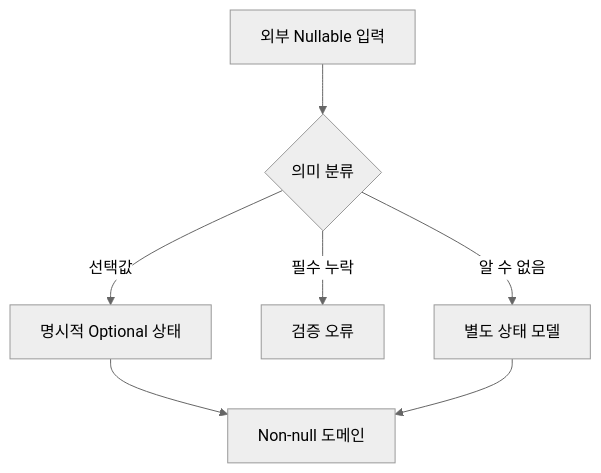
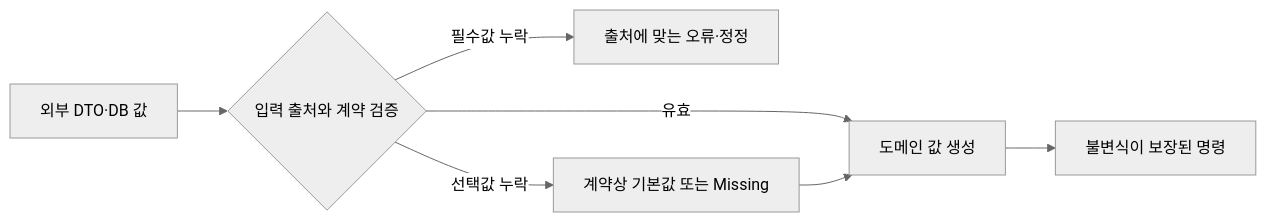
One commit to hyeongseoblim/systemdesign changed the diagram in apps/api/src/main/resources/content/backend-12-null-safety-review.md. Above: the diagram before and after it, drawn with Mermaid (neutral theme). The commit also changed other lines of this file and 96 other files, not shown here.

````diff
--- a/apps/api/src/main/resources/content/backend-12-null-safety-review.md
+++ b/apps/api/src/main/resources/content/backend-12-null-safety-review.md
@@ -24,9 +57,9 @@
 ```mermaid
-flowchart TD
-    E[외부 Nullable 입력] --> V{의미 분류}
-    V -->|선택값| O[명시적 Optional 상태]
-    V -->|필수 누락| X[검증 오류]
-    V -->|알 수 없음| U[별도 상태 모델]
-    O --> D[Non-null 도메인]
-    U --> D
+flowchart LR
+    A[외부 DTO·DB 값] --> B{입력 출처와 계약 검증}
+    B -->|필수값 누락| C[출처에 맞는 오류·정정]
+    B -->|선택값 누락| D[계약상 기본값 또는 Missing]
+    B -->|유효| E[도메인 값 생성]
+    D --> E
+    E --> F[불변식이 보장된 명령]
 ```
````
